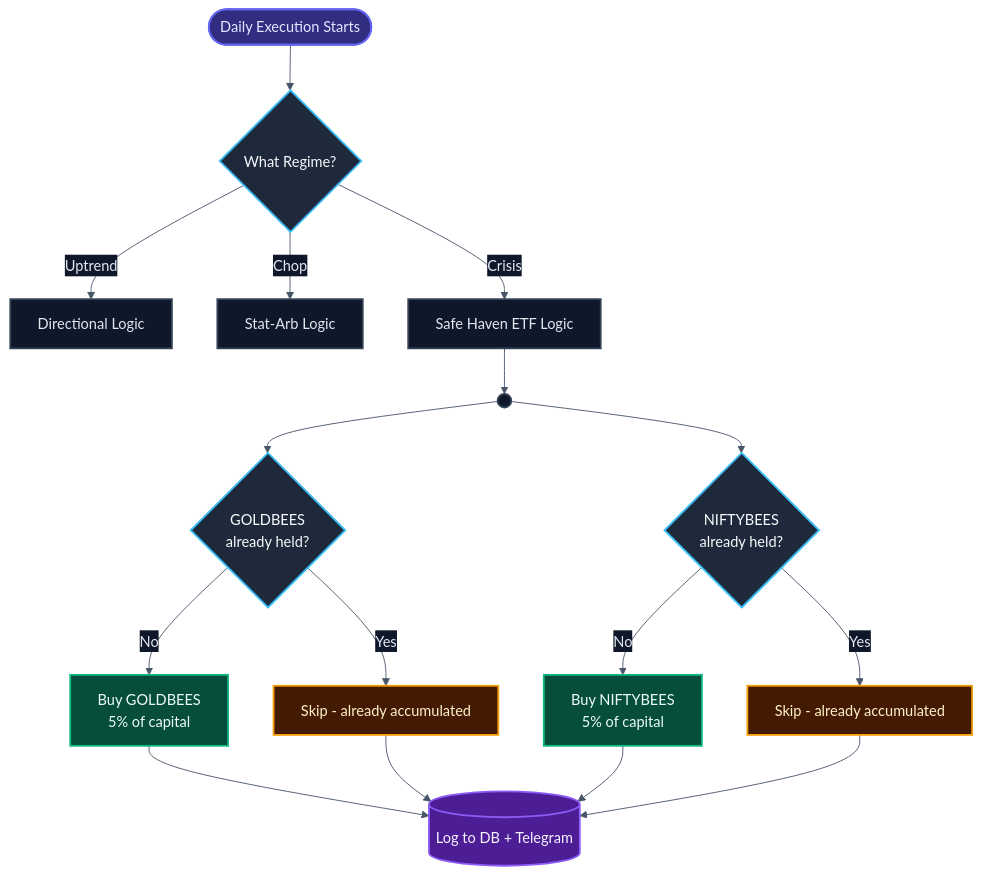
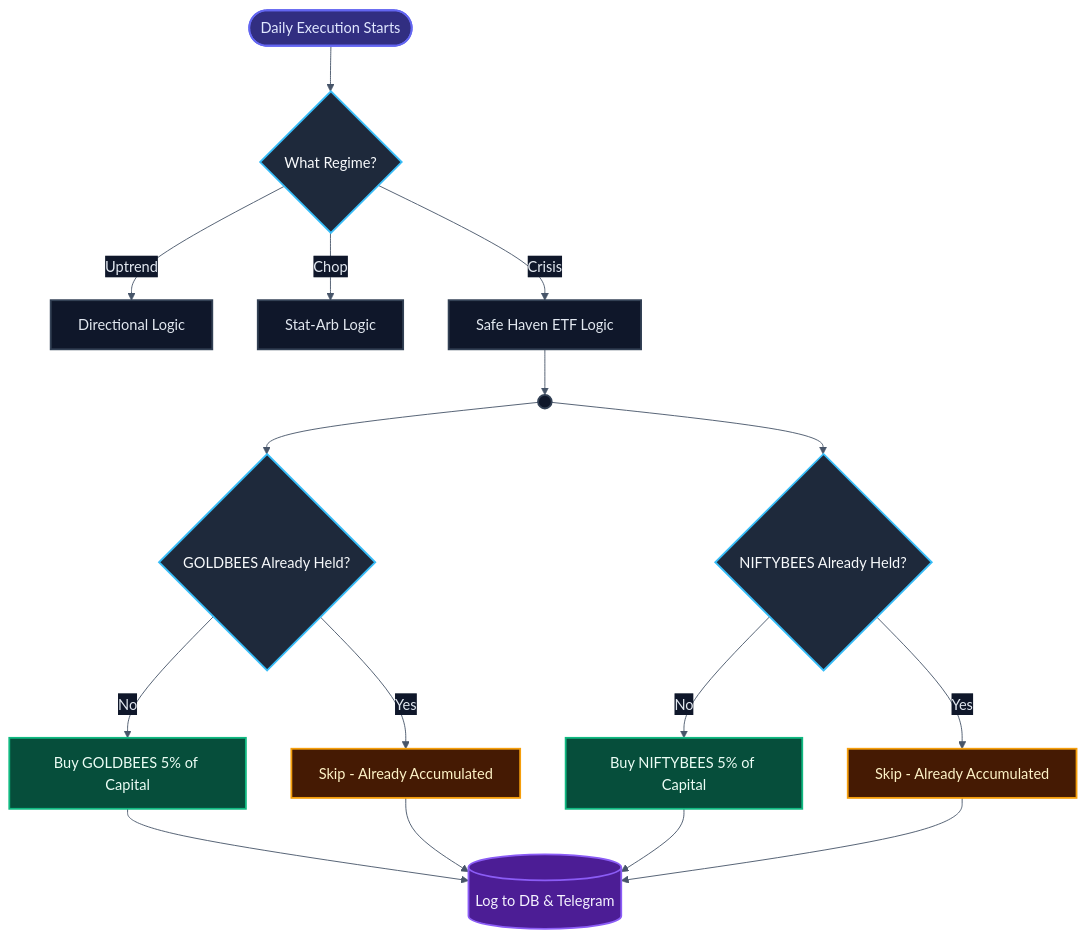
The fifth of 5 diagrams in README.md (SaiSiddharthBS/MarketAnalyser), drawn with Mermaid before and after one commit. The commit also changed other lines of this file, not shown here.

Commit message:
docs: Fix mermaid diagram text clipping and apply custom styling to all diagrams

````diff
--- a/README.md
+++ b/README.md
@@ -309,38 +341,38 @@
 ```mermaid
-%%{init: {'theme': 'base', 'themeVariables': { 'primaryColor': '#1a1a2e', 'primaryTextColor': '#e2e8f0', 'primaryBorderColor': '#38bdf8', 'lineColor': '#475569', 'secondaryColor': '#0f172a', 'tertiaryColor': '#1e293b', 'fontFamily': 'ui-monospace, SFMono-Regular, Menlo, Monaco, Consolas, monospace'}}}%%
+%%{init: {'theme': 'base', 'themeVariables': { 'primaryColor': '#1a1a2e', 'primaryTextColor': '#e2e8f0', 'primaryBorderColor': '#38bdf8', 'lineColor': '#475569', 'secondaryColor': '#0f172a', 'tertiaryColor': '#1e293b'}}}%%
 flowchart TD
     Start([Daily Execution Starts]) --> Regime{What Regime?}
     
     Regime -->|Uptrend| Dir[Directional Logic]
     Regime -->|Chop| Arb[Stat-Arb Logic]
     Regime -->|Crisis| Safe[Safe Haven ETF Logic]
 
     Safe --> Split(( ))
 
-    Split --> Gold{GOLDBEES<br>already held?}
-    Split --> Nifty{NIFTYBEES<br>already held?}
+    Split --> Gold{"GOLDBEES Already Held?"}
+    Split --> Nifty{"NIFTYBEES Already Held?"}
 
-    Gold -->|No| BuyG[Buy GOLDBEES<br>5% of capital]
-    Gold -->|Yes| SkipG[Skip - already accumulated]
+    Gold -->|No| BuyG["Buy GOLDBEES 5% of Capital"]
+    Gold -->|Yes| SkipG["Skip - Already Accumulated"]
 
-    Nifty -->|No| BuyN[Buy NIFTYBEES<br>5% of capital]
-    Nifty -->|Yes| SkipN[Skip - already accumulated]
+    Nifty -->|No| BuyN["Buy NIFTYBEES 5% of Capital"]
+    Nifty -->|Yes| SkipN["Skip - Already Accumulated"]
 
-    BuyG --> Log[(Log to DB + Telegram)]
+    BuyG --> Log[("Log to DB & Telegram")]
     SkipG --> Log
     BuyN --> Log
     SkipN --> Log
 
     classDef default fill:#0f172a,stroke:#334155,stroke-width:2px,color:#e2e8f0;
     classDef decision fill:#1e293b,stroke:#38bdf8,stroke-width:2px,color:#f8fafc;
     classDef action fill:#064e3b,stroke:#10b981,stroke-width:2px,color:#ecfdf5;
     classDef ignore fill:#451a03,stroke:#f59e0b,stroke-width:2px,color:#fef3c7;
     classDef entry fill:#312e81,stroke:#6366f1,stroke-width:2px,color:#e0e7ff,rx:20,ry:20;
     classDef db fill:#4c1d95,stroke:#8b5cf6,stroke-width:2px,color:#f5f3ff;
 
     class Start entry;
     class Regime,Gold,Nifty decision;
     class BuyG,BuyN action;
     class SkipG,SkipN ignore;
     class Log db;
 ```
````
